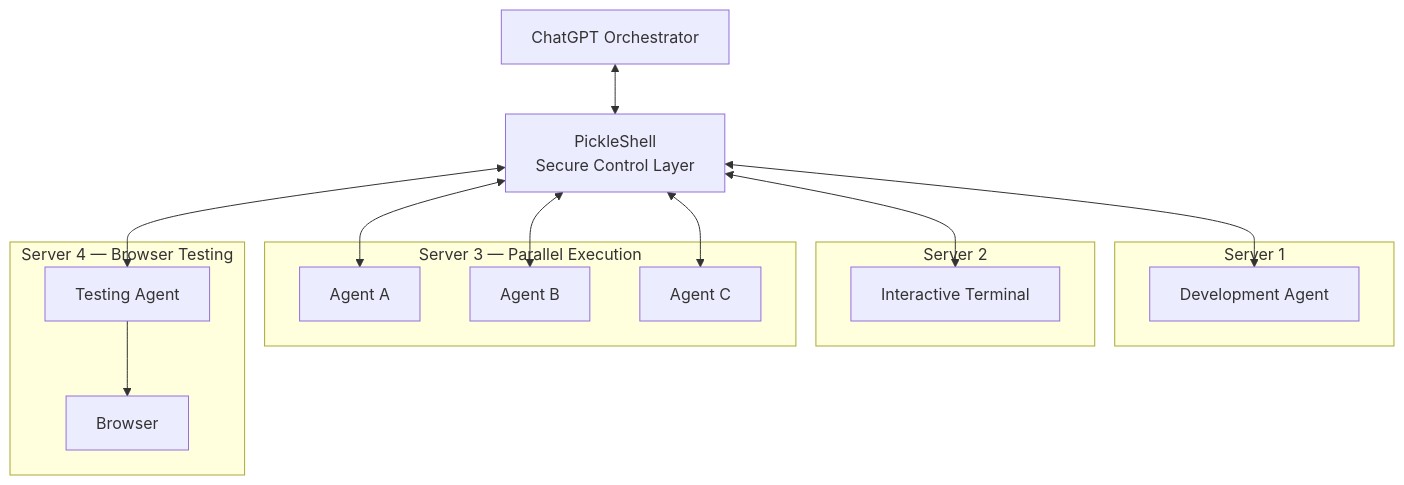
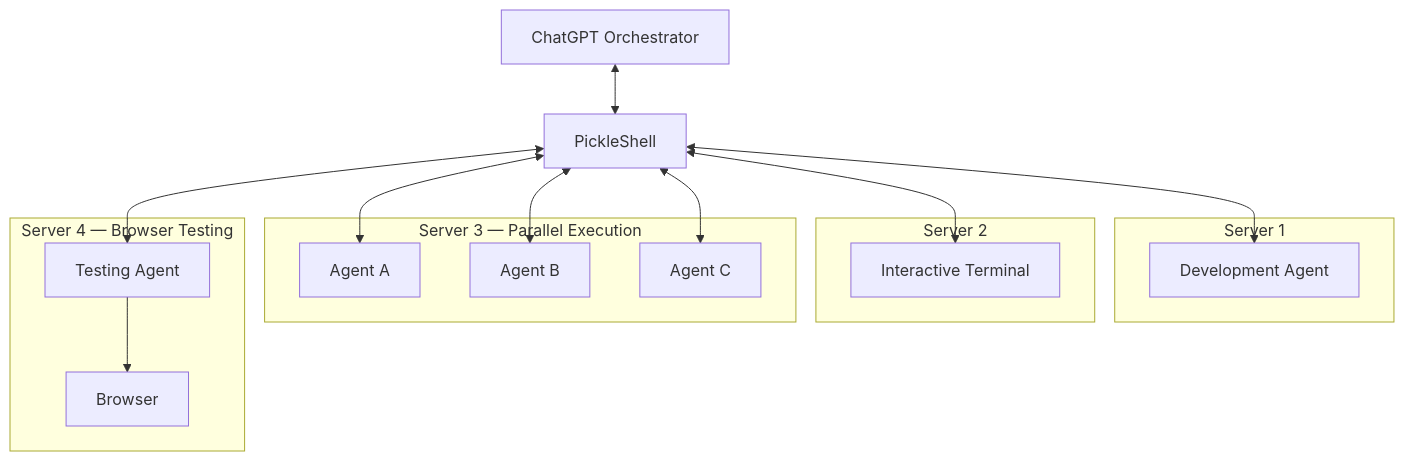
The second of 3 diagrams in README.md (pickleshell/pickleshell), drawn with Mermaid before and after one commit. The commit also changed other lines of this file and 1 other file, not shown here.

````diff
--- a/README.md
+++ b/README.md
@@ -170,34 +171,34 @@
 ```mermaid
 flowchart TB
     C["ChatGPT Orchestrator"]
-    P["PickleShell<br/>Secure Control Layer"]
+    P["PickleShell"]
 
     C <--> P
 
     subgraph S1["Server 1"]
         A1["Development Agent"]
     end
 
     subgraph S2["Server 2"]
         T["Interactive Terminal"]
     end
 
     subgraph S3["Server 3 — Parallel Execution"]
         A2["Agent A"]
         A3["Agent B"]
         A4["Agent C"]
     end
 
     subgraph S4["Server 4 — Browser Testing"]
         A5["Testing Agent"]
         B["Browser"]
         A5 --> B
     end
 
     P <--> A1
     P <--> T
     P <--> A2
     P <--> A3
     P <--> A4
     P <--> A5
 ```
````
